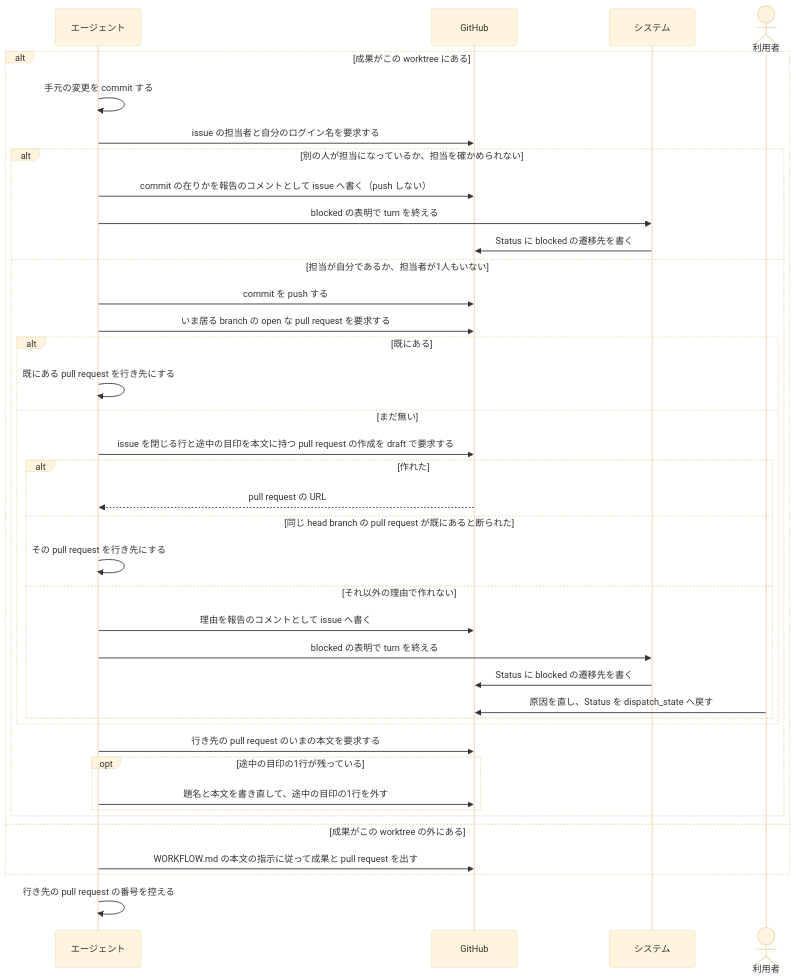
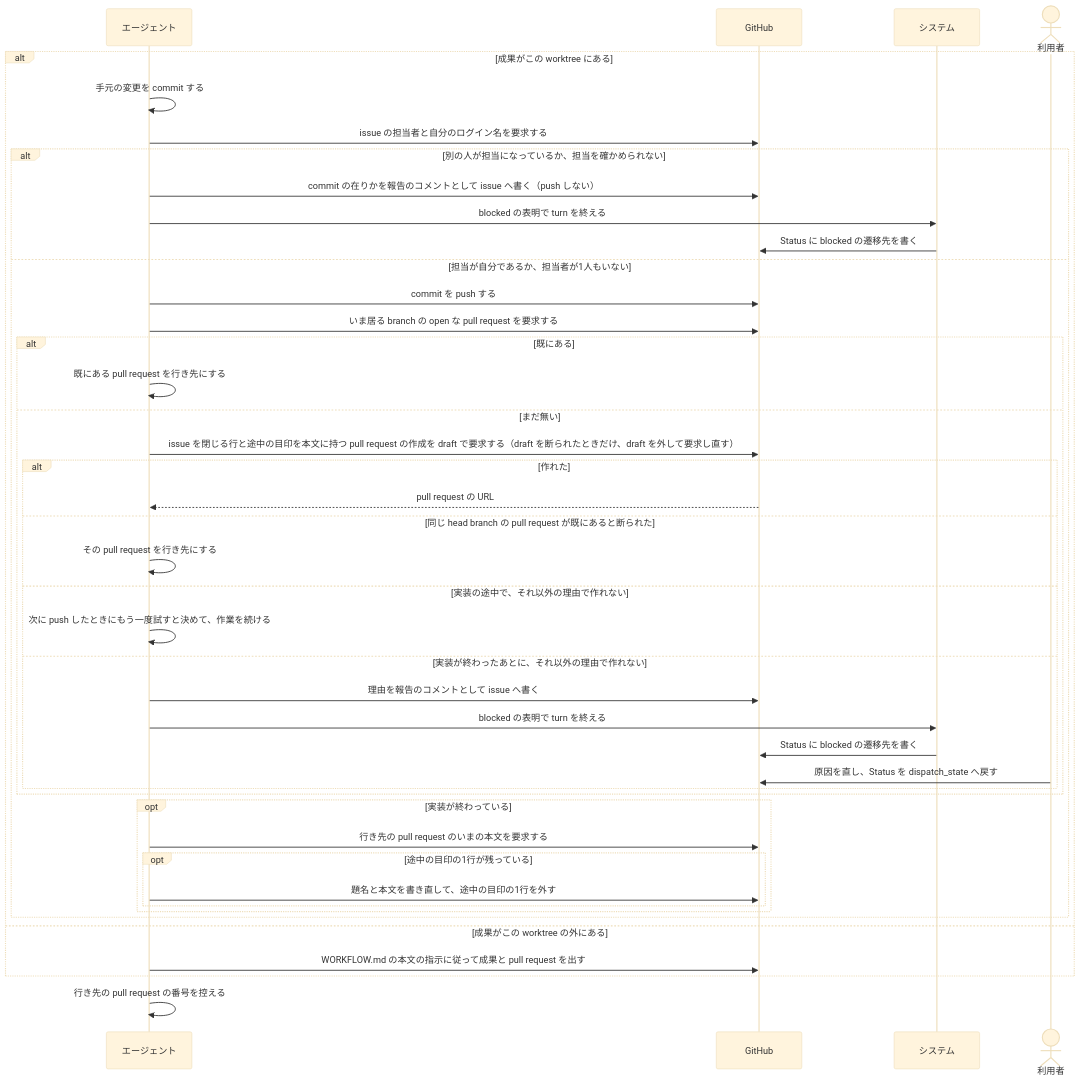
The first of 2 diagrams in docs/spec/usecases/particular_case/成果をpushしてpullrequestを出す.rucm.md (maimuzo/continuo), drawn with Mermaid (base theme) before and after one commit. The commit also changed other lines of this file and 9 other files, not shown here.

Commit message:
実装レビュー1周目の指摘を直す 別のリポジトリへ出した pull request の書き直しに --repo の断りを足し 設計文書の古い4か所と対応しないときの draft の扱いとページを指定した読み直し方を直す

````diff
--- a/docs/spec/usecases/particular_case/成果をpushしてpullrequestを出す.rucm.md
+++ b/docs/spec/usecases/particular_case/成果をpushしてpullrequestを出す.rucm.md
@@ -148,42 +173,46 @@
 ```mermaid
 sequenceDiagram
     participant CC as エージェント
     participant GH as GitHub
     participant S as システム
     actor U as 利用者
 
     alt 成果がこの worktree にある
         CC->>CC: 手元の変更を commit する
         CC->>GH: issue の担当者と自分のログイン名を要求する
         alt 別の人が担当になっているか、担当を確かめられない
             CC->>GH: commit の在りかを報告のコメントとして issue へ書く（push しない）
             CC->>S: blocked の表明で turn を終える
             S->>GH: Status に blocked の遷移先を書く
         else 担当が自分であるか、担当者が1人もいない
             CC->>GH: commit を push する
             CC->>GH: いま居る branch の open な pull request を要求する
             alt 既にある
                 CC->>CC: 既にある pull request を行き先にする
             else まだ無い
-                CC->>GH: issue を閉じる行と途中の目印を本文に持つ pull request の作成を draft で要求する
+                CC->>GH: issue を閉じる行と途中の目印を本文に持つ pull request の作成を draft で要求する（draft を断られたときだけ、draft を外して要求し直す）
                 alt 作れた
                     GH-->>CC: pull request の URL
                 else 同じ head branch の pull request が既にあると断られた
                     CC->>CC: その pull request を行き先にする
-                else それ以外の理由で作れない
+                else 実装の途中で、それ以外の理由で作れない
+                    CC->>CC: 次に push したときにもう一度試すと決めて、作業を続ける
+                else 実装が終わったあとに、それ以外の理由で作れない
                     CC->>GH: 理由を報告のコメントとして issue へ書く
                     CC->>S: blocked の表明で turn を終える
                     S->>GH: Status に blocked の遷移先を書く
                     U->>GH: 原因を直し、Status を dispatch_state へ戻す
                 end
             end
-            CC->>GH: 行き先の pull request のいまの本文を要求する
-            opt 途中の目印の1行が残っている
-                CC->>GH: 題名と本文を書き直して、途中の目印の1行を外す
+            opt 実装が終わっている
+                CC->>GH: 行き先の pull request のいまの本文を要求する
+                opt 途中の目印の1行が残っている
+                    CC->>GH: 題名と本文を書き直して、途中の目印の1行を外す
+                end
             end
         end
     else 成果がこの worktree の外にある
         CC->>GH: WORKFLOW.md の本文の指示に従って成果と pull request を出す
     end
     CC->>CC: 行き先の pull request の番号を控える
 ```
````
